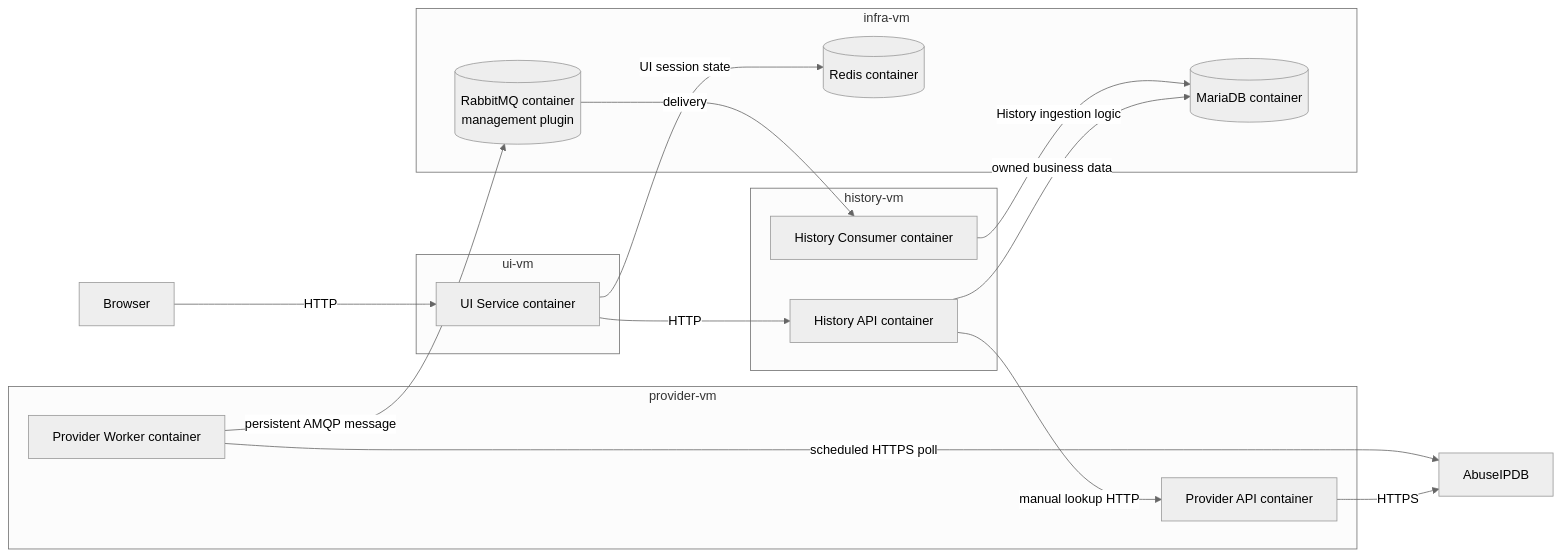
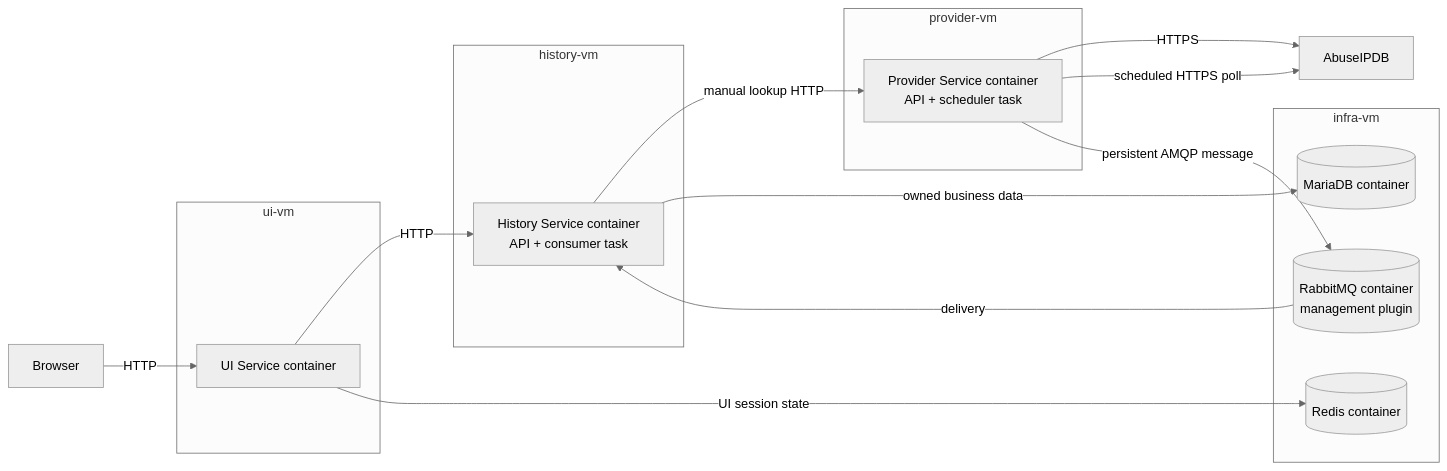
Before and after one commit to ua-academy-projects/push-and-pray: the first of 3 diagrams in docs/architecture.md, drawn with Mermaid (neutral theme). The commit also changed other lines of this file and 30 other files, not shown here.

````diff
--- a/docs/architecture.md
+++ b/docs/architecture.md
@@ -52,37 +48,34 @@
 ```mermaid
 flowchart LR
     Browser[Browser]
 
     subgraph UIVM[ui-vm]
         UI[UI Service container]
     end
 
     subgraph HistoryVM[history-vm]
-        HAPI[History API container]
-        HConsumer[History Consumer container]
+        HAPI[History Service container<br/>API + consumer task]
     end
 
     subgraph ProviderVM[provider-vm]
-        PAPI[Provider API container]
-        PWorker[Provider Worker container]
+        PAPI[Provider Service container<br/>API + scheduler task]
     end
 
     subgraph InfraVM[infra-vm]
         MariaDB[(MariaDB container)]
         RabbitMQ[(RabbitMQ container<br/>management plugin)]
         Redis[(Redis container)]
     end
 
     AbuseIPDB[AbuseIPDB]
 
     Browser -->|HTTP| UI
     UI -->|HTTP| HAPI
     UI -->|UI session state| Redis
     HAPI -->|manual lookup HTTP| PAPI
     PAPI -->|HTTPS| AbuseIPDB
     HAPI -->|owned business data| MariaDB
-    PWorker -->|scheduled HTTPS poll| AbuseIPDB
-    PWorker -->|persistent AMQP message| RabbitMQ
-    RabbitMQ -->|delivery| HConsumer
-    HConsumer -->|History ingestion logic| MariaDB
+    PAPI -->|scheduled HTTPS poll| AbuseIPDB
+    PAPI -->|persistent AMQP message| RabbitMQ
+    RabbitMQ -->|delivery| HAPI
 ```
````
